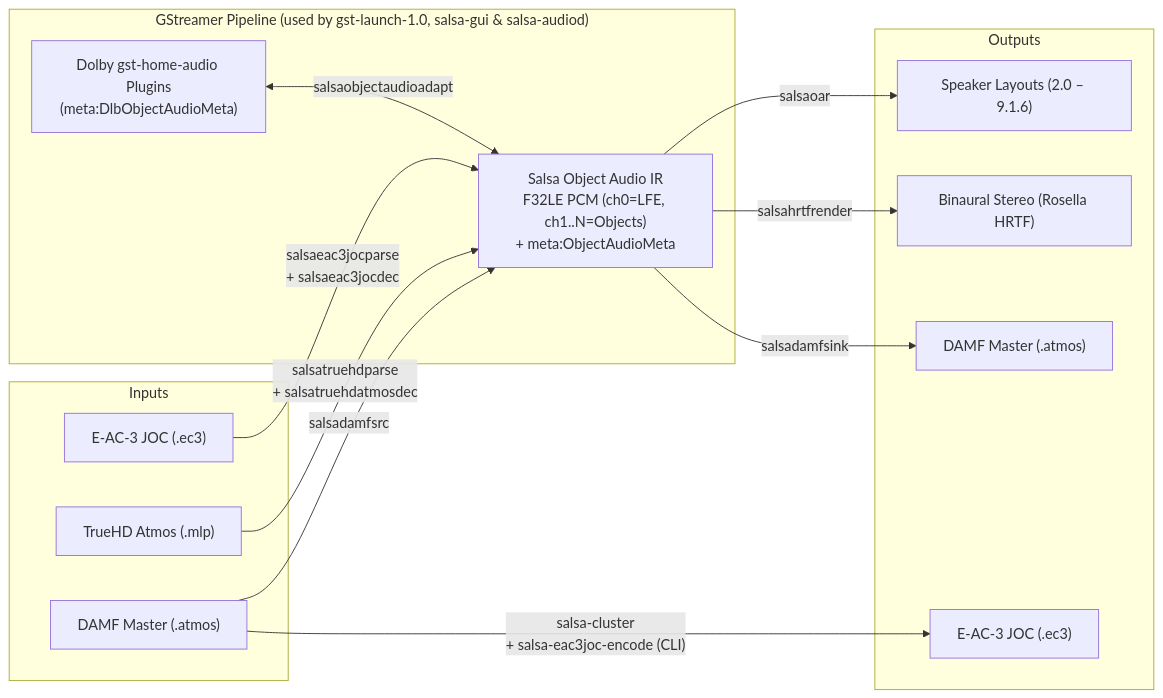
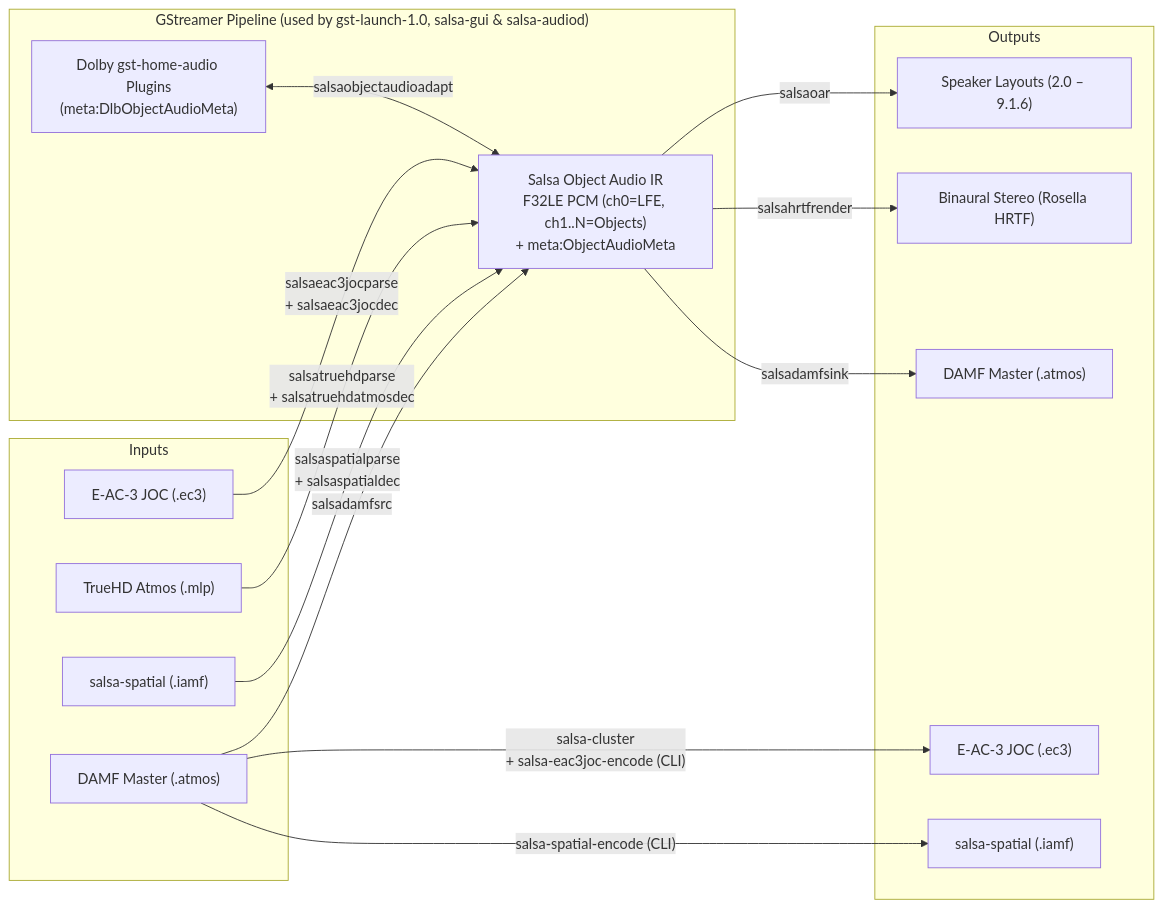
Before and after one commit to yuygfgg/salsa: the diagram in README.md, drawn with Mermaid. The commit also changed other lines of this file and 77 other files, not shown here.

Commit message:
Add experimental salsa-spatial lossy codec

````diff
--- a/README.md
+++ b/README.md
@@ -82,30 +86,34 @@
 ```mermaid
 flowchart LR
     subgraph Inputs["Inputs"]
         EC3["E-AC-3 JOC (.ec3)"]
         THD["TrueHD Atmos (.mlp)"]
+        SPATIAL["salsa-spatial (.iamf)"]
         DAMF_IN["DAMF Master (.atmos)"]
     end
 
     subgraph GST["GStreamer Pipeline (used by gst-launch-1.0, salsa-gui & salsa-audiod)"]
         OBJ["Salsa Object Audio IR\nF32LE PCM (ch0=LFE, ch1..N=Objects)\n+ meta:ObjectAudioMeta"]
         DLB["Dolby gst-home-audio Plugins\n(meta:DlbObjectAudioMeta)"]
         DLB <-->|"salsaobjectaudioadapt"| OBJ
     end
 
     subgraph Outputs["Outputs"]
         OAR["Speaker Layouts (2.0 – 9.1.6)"]
         HRTF["Binaural Stereo (Rosella HRTF)"]
         DAMF_OUT["DAMF Master (.atmos)"]
         JOC_ENC["E-AC-3 JOC (.ec3)"]
+        SPATIAL_ENC["salsa-spatial (.iamf)"]
     end
 
     EC3 -->|"salsaeac3jocparse\n+ salsaeac3jocdec"| OBJ
     THD -->|"salsatruehdparse\n+ salsatruehdatmosdec"| OBJ
+    SPATIAL -->|"salsaspatialparse\n+ salsaspatialdec"| OBJ
     DAMF_IN -->|"salsadamfsrc"| OBJ
 
     OBJ -->|"salsaoar"| OAR
     OBJ -->|"salsahrtfrender"| HRTF
     OBJ -->|"salsadamfsink"| DAMF_OUT
     DAMF_IN -->|"salsa-cluster\n+ salsa-eac3joc-encode (CLI)"| JOC_ENC
+    DAMF_IN -->|"salsa-spatial-encode (CLI)"| SPATIAL_ENC
 ```
````
